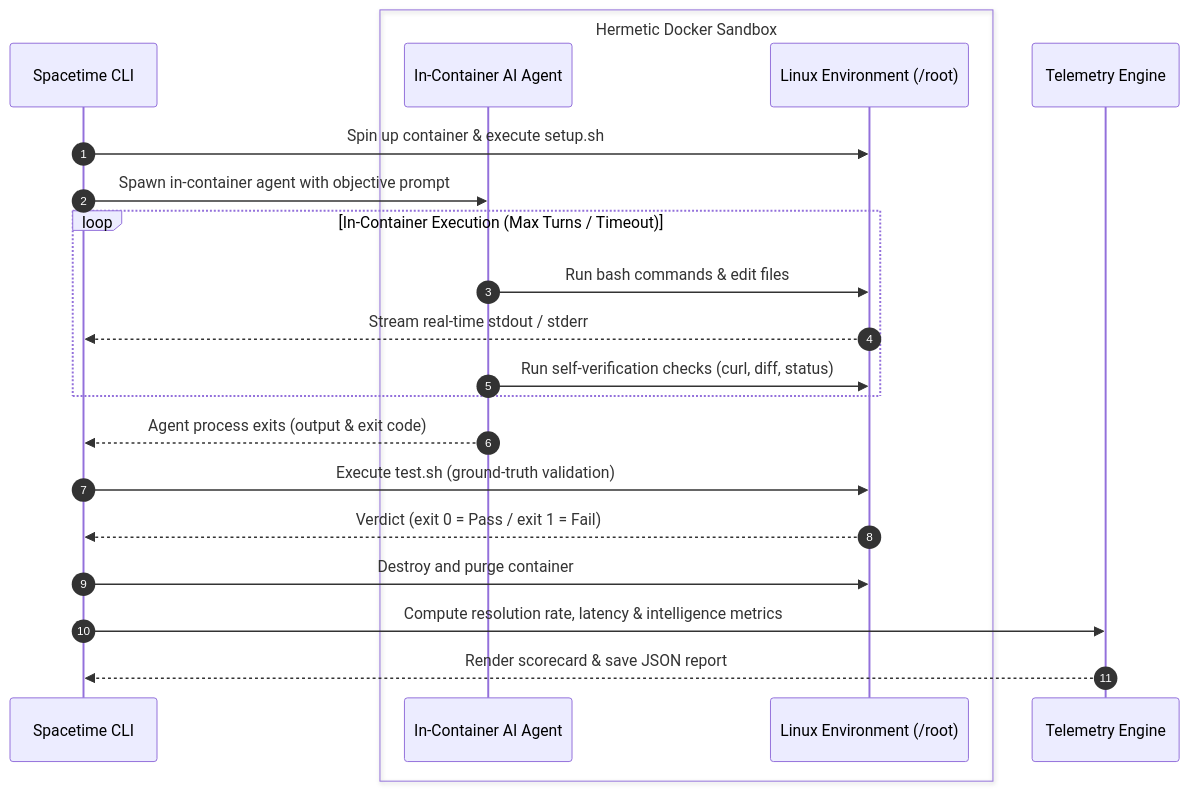
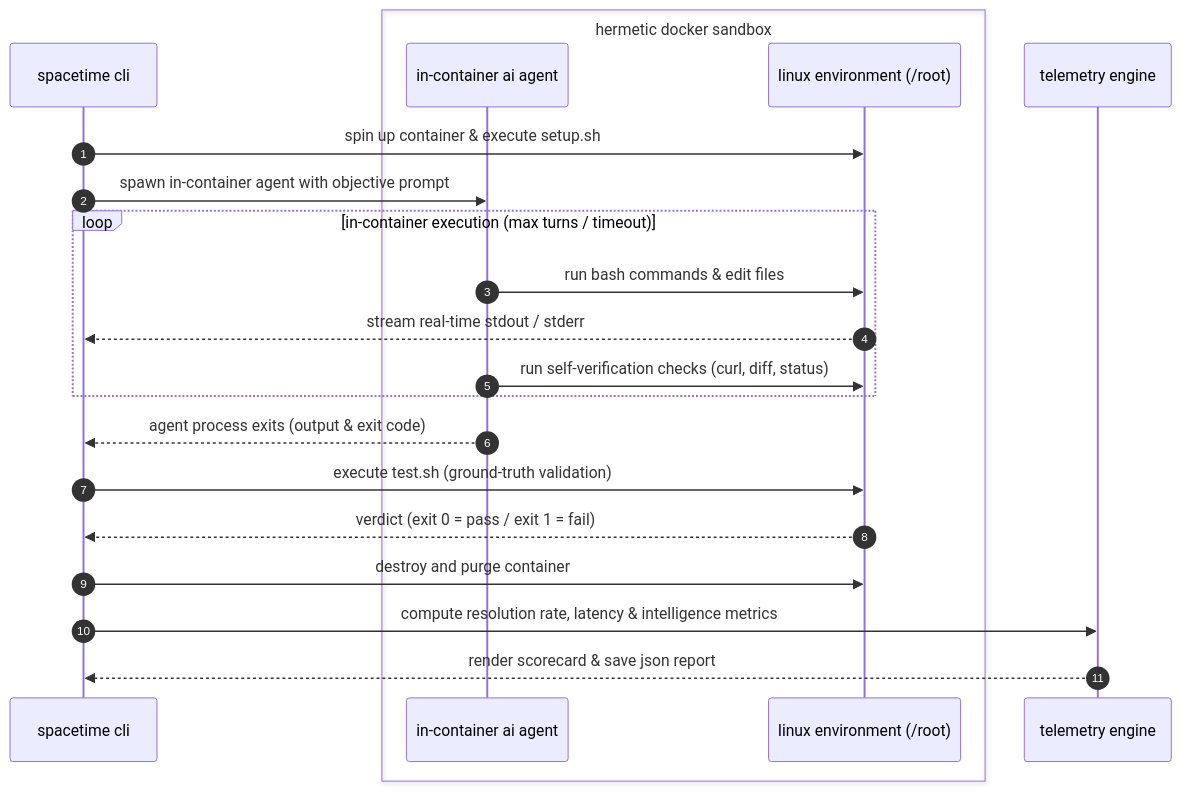
The diagram in README.md (phasehumans/spacetime), drawn with Mermaid before and after one commit. The commit also changed other lines of this file and 2 other files, not shown here.

Commit message:
fix: follow redirects in install.sh and update readme

````diff
--- a/README.md
+++ b/README.md
@@ -15,27 +21,27 @@
 ```mermaid
 sequenceDiagram
     autonumber
-    participant CLI as Spacetime CLI
-    box Hermetic Docker Sandbox
-        participant Agent as In-Container AI Agent
-        participant Env as Linux Environment (/root)
+    participant CLI as spacetime cli
+    box hermetic docker sandbox
+        participant Agent as in-container ai agent
+        participant Env as linux environment (/root)
     end
-    participant Telemetry as Telemetry Engine
+    participant Telemetry as telemetry engine
 
-    CLI->>Env: Spin up container & execute setup.sh
-    CLI->>Agent: Spawn in-container agent with objective prompt
+    CLI->>Env: spin up container & execute setup.sh
+    CLI->>Agent: spawn in-container agent with objective prompt
     
-    loop In-Container Execution (Max Turns / Timeout)
-        Agent->>Env: Run bash commands & edit files
-        Env-->>CLI: Stream real-time stdout / stderr
-        Agent->>Env: Run self-verification checks (curl, diff, status)
+    loop in-container execution (max turns / timeout)
+        Agent->>Env: run bash commands & edit files
+        Env-->>CLI: stream real-time stdout / stderr
+        Agent->>Env: run self-verification checks (curl, diff, status)
     end
-    Agent-->>CLI: Agent process exits (output & exit code)
+    Agent-->>CLI: agent process exits (output & exit code)
 
-    CLI->>Env: Execute test.sh (ground-truth validation)
-    Env-->>CLI: Verdict (exit 0 = Pass / exit 1 = Fail)
-    CLI->>Env: Destroy and purge container
+    CLI->>Env: execute test.sh (ground-truth validation)
+    Env-->>CLI: verdict (exit 0 = pass / exit 1 = fail)
+    CLI->>Env: destroy and purge container
 
-    CLI->>Telemetry: Compute resolution rate, latency & intelligence metrics
-    Telemetry-->>CLI: Render scorecard & save JSON report
+    CLI->>Telemetry: compute resolution rate, latency & intelligence metrics
+    Telemetry-->>CLI: render scorecard & save json report
 ```
````
